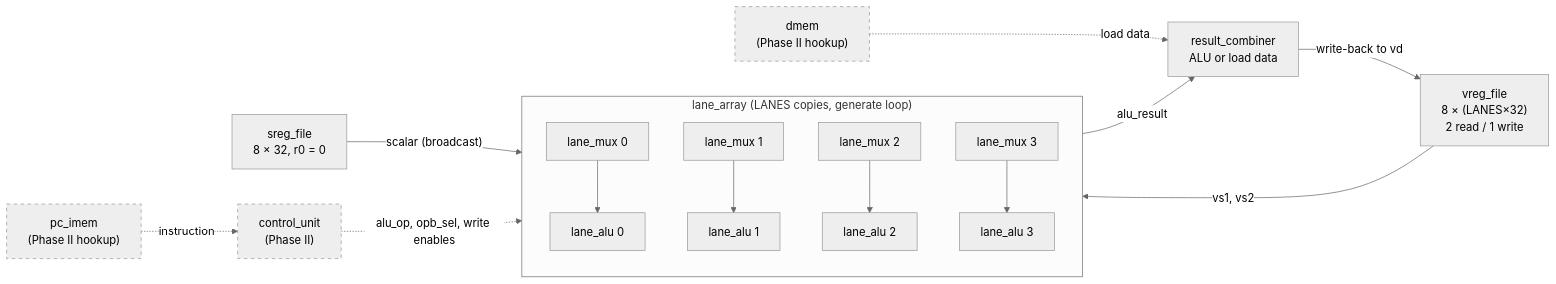
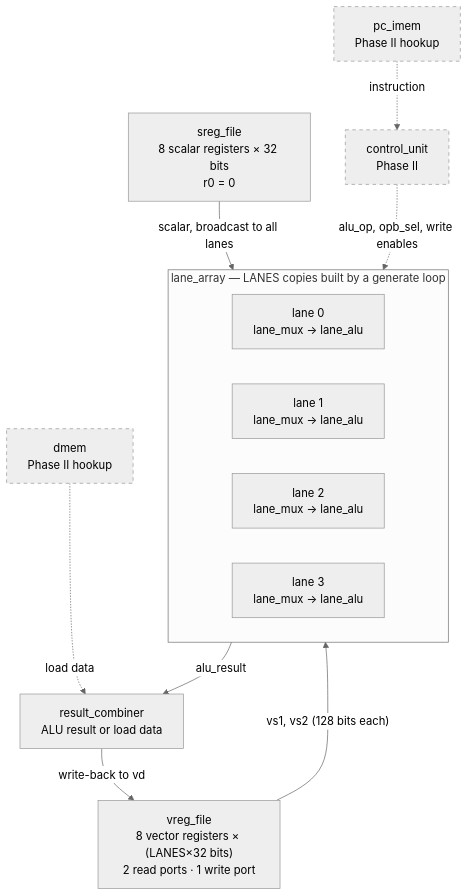
Before and after one commit to ChaitanyaSai-Meka/simd-vector-processing-unit: the first of 2 diagrams in README.md, drawn with Mermaid (neutral theme). The commit also changed other lines of this file, not shown here.

Commit message:
docs(readme): clean up idea and architecture diagrams

````diff
--- a/README.md
+++ b/README.md
@@ -61,29 +62,30 @@
 ```mermaid
-flowchart LR
-    VRF["vreg_file<br/>8 × (LANES×32)<br/>2 read / 1 write"]
-    SRF["sreg_file<br/>8 × 32, r0 = 0"]
+flowchart TB
+    VRF["vreg_file<br/>8 vector registers × (LANES×32 bits)<br/>2 read ports · 1 write port"]
+    SRF["sreg_file<br/>8 scalar registers × 32 bits<br/>r0 = 0"]
 
-    subgraph LA["lane_array (LANES copies, generate loop)"]
-        direction TB
-        M0["lane_mux 0"] --> A0["lane_alu 0"]
-        M1["lane_mux 1"] --> A1["lane_alu 1"]
-        M2["lane_mux 2"] --> A2["lane_alu 2"]
-        M3["lane_mux 3"] --> A3["lane_alu 3"]
+    subgraph LA["lane_array — LANES copies built by a generate loop"]
+        direction LR
+        A0["lane 0<br/>lane_mux → lane_alu"]
+        A1["lane 1<br/>lane_mux → lane_alu"]
+        A2["lane 2<br/>lane_mux → lane_alu"]
+        A3["lane 3<br/>lane_mux → lane_alu"]
     end
 
-    RC["result_combiner<br/>ALU or load data"]
-    DM["dmem<br/>(Phase II hookup)"]
-    CU["control_unit<br/>(Phase II)"]
-    PC["pc_imem<br/>(Phase II hookup)"]
+    RC["result_combiner<br/>ALU result or load data"]
 
-    VRF -- "vs1, vs2" --> LA
-    SRF -- "scalar (broadcast)" --> LA
+    VRF -- "vs1, vs2 (128 bits each)" --> LA
+    SRF -- "scalar, broadcast to all lanes" --> LA
     LA -- "alu_result" --> RC
-    DM -. "load data" .-> RC
     RC -- "write-back to vd" --> VRF
+
+    CU["control_unit<br/>Phase II"]
+    PC["pc_imem<br/>Phase II hookup"]
+    DM["dmem<br/>Phase II hookup"]
     PC -. "instruction" .-> CU
     CU -. "alu_op, opb_sel, write enables" .-> LA
+    DM -. "load data" .-> RC
 
     classDef future stroke-dasharray: 5 5;
-    class DM,CU,PC future
+    class CU,PC,DM future
 ```
````
